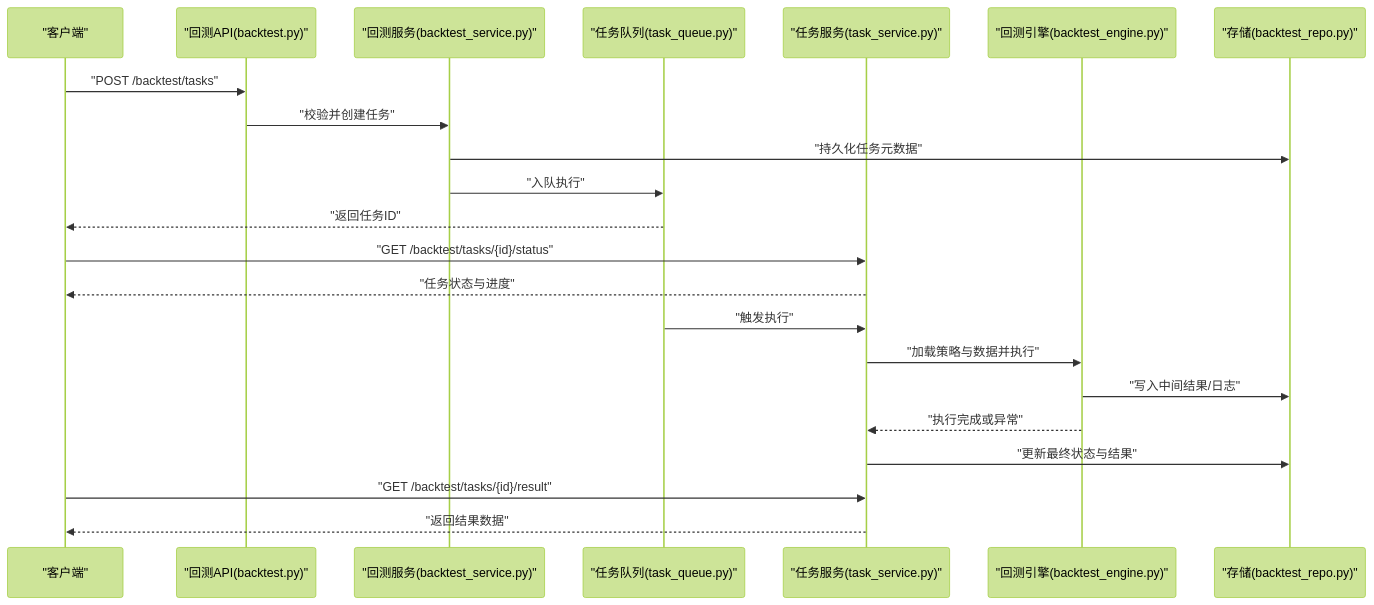
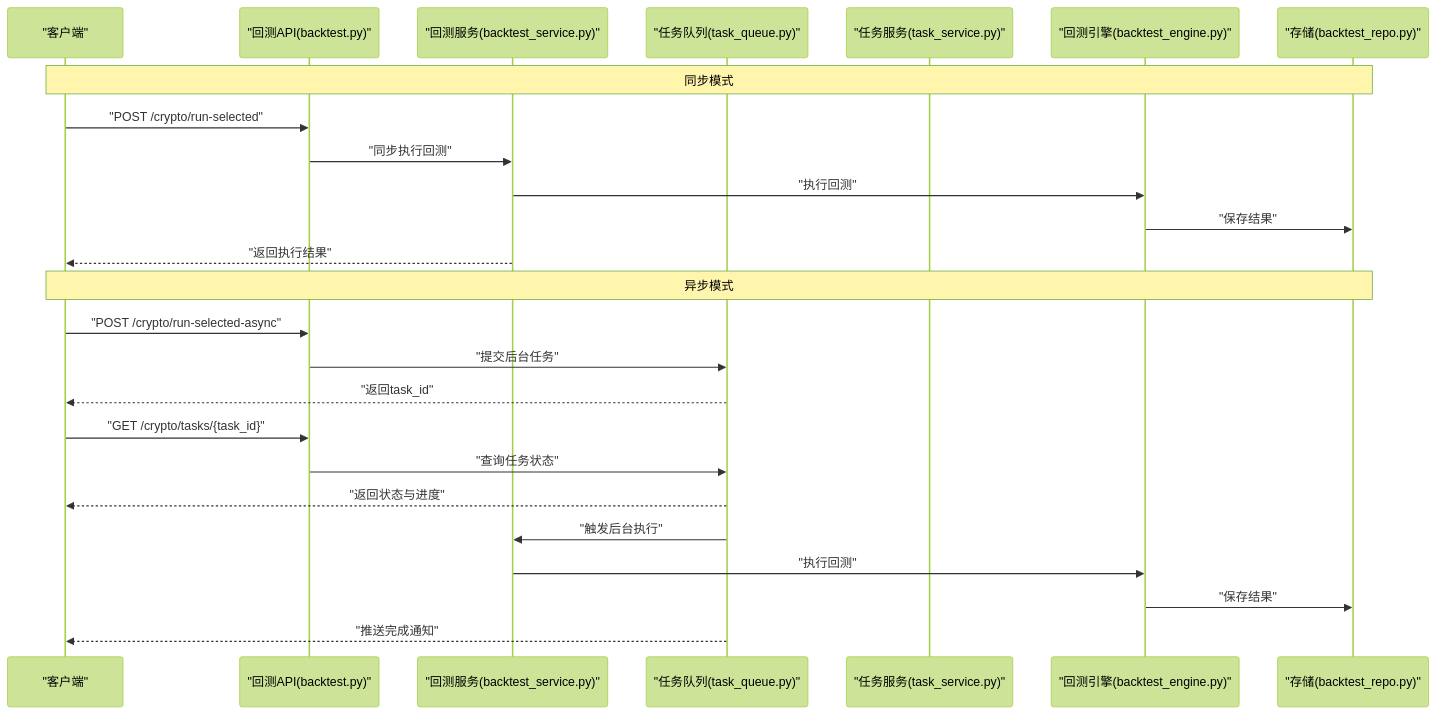
Before and after one commit to anYaoooo/daily_stock_analysis: the second of 9 diagrams in .qoder/repowiki/zh/content/API参考文档/回测系统API.md, drawn with Mermaid (forest theme). The commit also changed other lines of this file and 148 other files, not shown here.

````diff
--- a/.qoder/repowiki/zh/content/API参考文档/回测系统API.md
+++ b/.qoder/repowiki/zh/content/API参考文档/回测系统API.md
@@ -167,24 +175,27 @@
 ```mermaid
 sequenceDiagram
 participant Client as "客户端"
 participant API as "回测API(backtest.py)"
 participant Service as "回测服务(backtest_service.py)"
 participant Queue as "任务队列(task_queue.py)"
 participant TaskSvc as "任务服务(task_service.py)"
 participant Engine as "回测引擎(backtest_engine.py)"
 participant Repo as "存储(backtest_repo.py)"
-Client->>API : "POST /backtest/tasks"
-API->>Service : "校验并创建任务"
-Service->>Repo : "持久化任务元数据"
-Service->>Queue : "入队执行"
-Queue-->>Client : "返回任务ID"
-Client->>TaskSvc : "GET /backtest/tasks/{id}/status"
-TaskSvc-->>Client : "任务状态与进度"
-Queue->>TaskSvc : "触发执行"
-TaskSvc->>Engine : "加载策略与数据并执行"
-Engine->>Repo : "写入中间结果/日志"
-Engine-->>TaskSvc : "执行完成或异常"
-TaskSvc->>Repo : "更新最终状态与结果"
-Client->>TaskSvc : "GET /backtest/tasks/{id}/result"
-TaskSvc-->>Client : "返回结果数据"
+Note over Client,Repo : 同步模式
+Client->>API : "POST /crypto/run-selected"
+API->>Service : "同步执行回测"
+Service->>Engine : "执行回测"
+Engine->>Repo : "保存结果"
+Service-->>Client : "返回执行结果"
+Note over Client,Repo : 异步模式
+Client->>API : "POST /crypto/run-selected-async"
+API->>Queue : "提交后台任务"
+Queue-->>Client : "返回task_id"
+Client->>API : "GET /crypto/tasks/{task_id}"
+API->>Queue : "查询任务状态"
+Queue-->>Client : "返回状态与进度"
+Queue->>Service : "触发后台执行"
+Service->>Engine : "执行回测"
+Engine->>Repo : "保存结果"
+Queue-->>Client : "推送完成通知"
 ```
````
